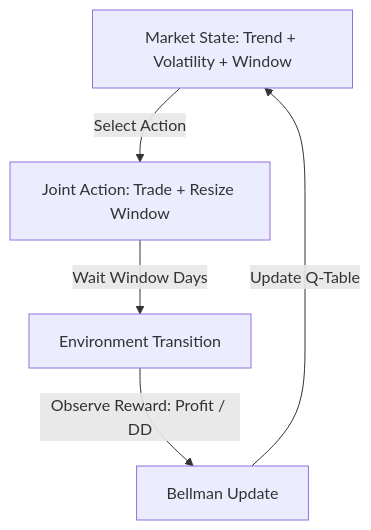
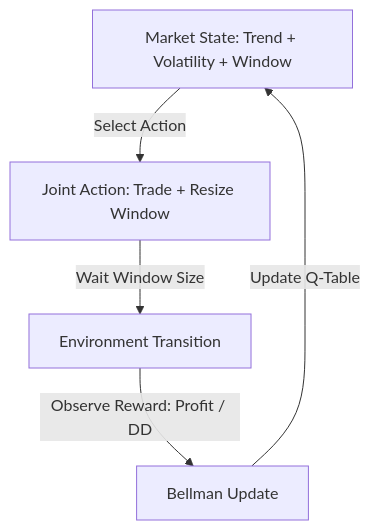
Before and after one commit to lambo10/RL-learning: the diagram in README.md, drawn with Mermaid. The commit also changed 11 other files, not shown here.

````diff
--- a/README.md
+++ b/README.md
@@ -25,7 +25,7 @@
 ```mermaid
 graph TD
     S[Market State: Trend + Volatility + Window] -->|Select Action| A[Joint Action: Trade + Resize Window]
-    A -->|Wait Window Days| E[Environment Transition]
+    A -->|Wait Window Size| E[Environment Transition]
     E -->|Observe Reward: Profit / DD| R[Bellman Update]
     R -->|Update Q-Table| S
 ```
````
